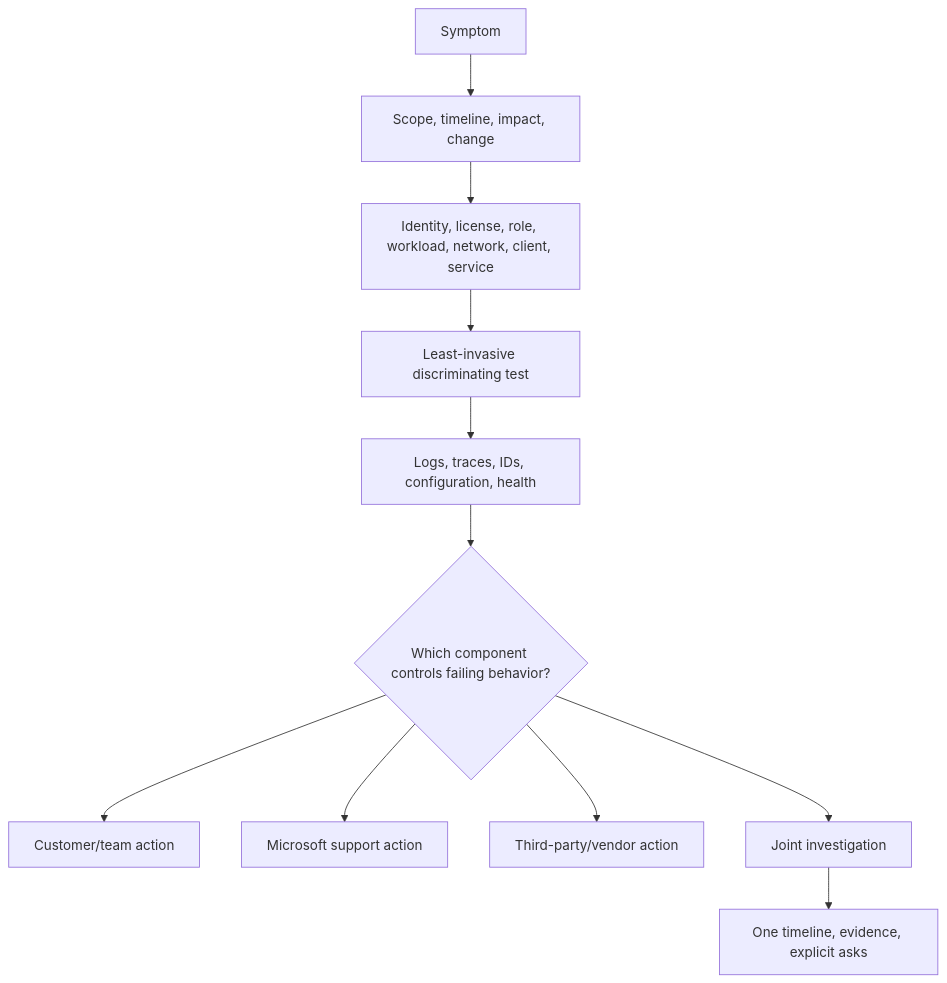
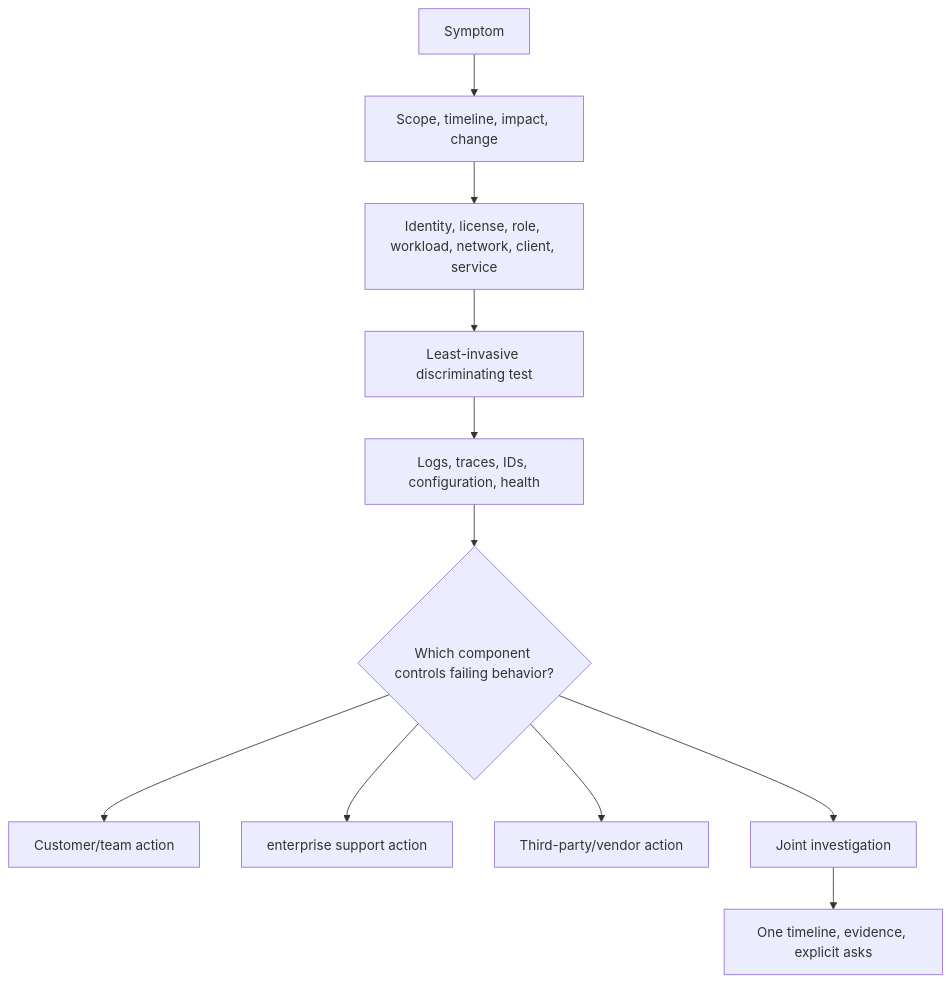
Before and after one commit to hichauhan-in/Interview-Prep: diagram 14 of 16 in Deloitte M365 Security Consultant/prep/Part-04-m365-tenant-architecture-portals-roles-licensing.md, drawn with Mermaid. The commit also changed other lines of this file and 493 other files, not shown here.

````diff
--- a/Deloitte M365 Security Consultant/prep/Part-04-m365-tenant-architecture-portals-roles-licensing.md
+++ b/Deloitte M365 Security Consultant/prep/Part-04-m365-tenant-architecture-portals-roles-licensing.md
@@ -580,13 +580,13 @@
 ```mermaid
 flowchart TD
     SYM[Symptom] --> SCOPE[Scope, timeline, impact, change]
     SCOPE --> LAYER[Identity, license, role, workload, network, client, service]
     LAYER --> TEST[Least-invasive discriminating test]
     TEST --> EVIDENCE[Logs, traces, IDs, configuration, health]
     EVIDENCE --> OWNER{Which component controls failing behavior?}
     OWNER --> CLIENT[Customer/team action]
-    OWNER --> MS[Microsoft support action]
+    OWNER --> MS[enterprise support action]
     OWNER --> VENDOR[Third-party/vendor action]
     OWNER --> SHARED[Joint investigation]
     SHARED --> PACK[One timeline, evidence, explicit asks]
 ```
````
